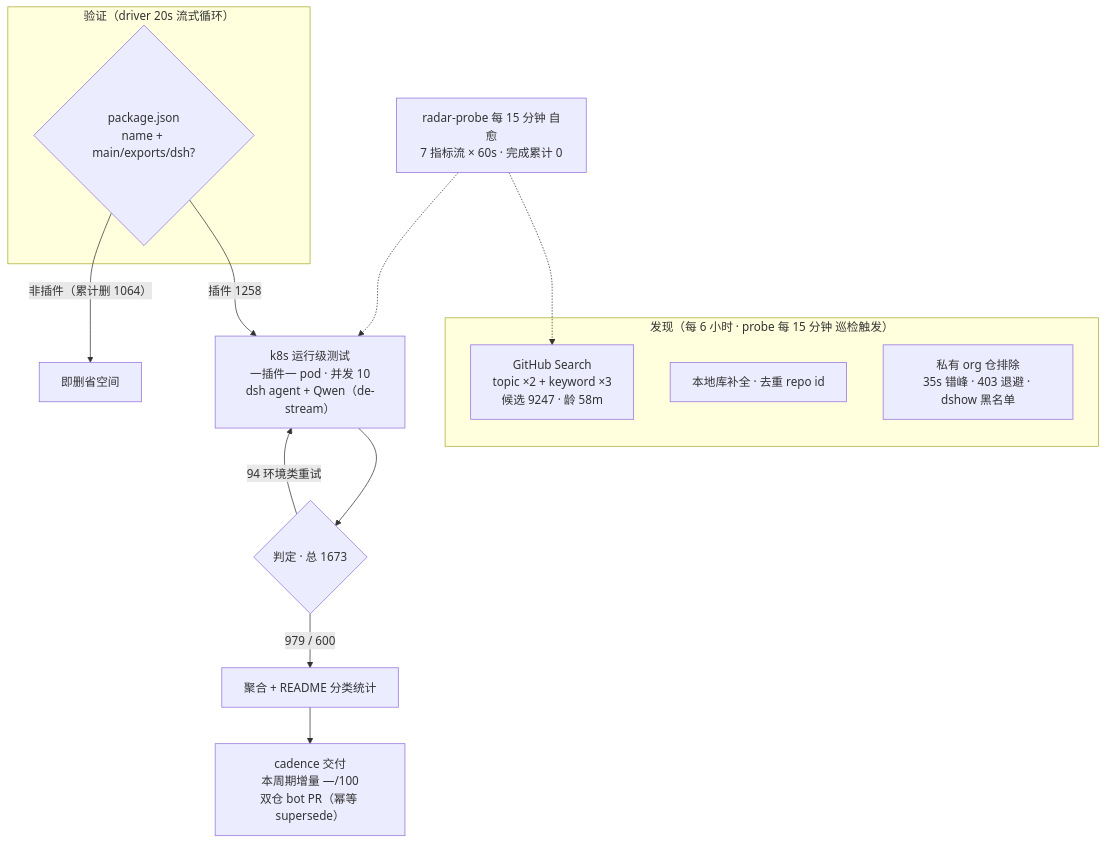
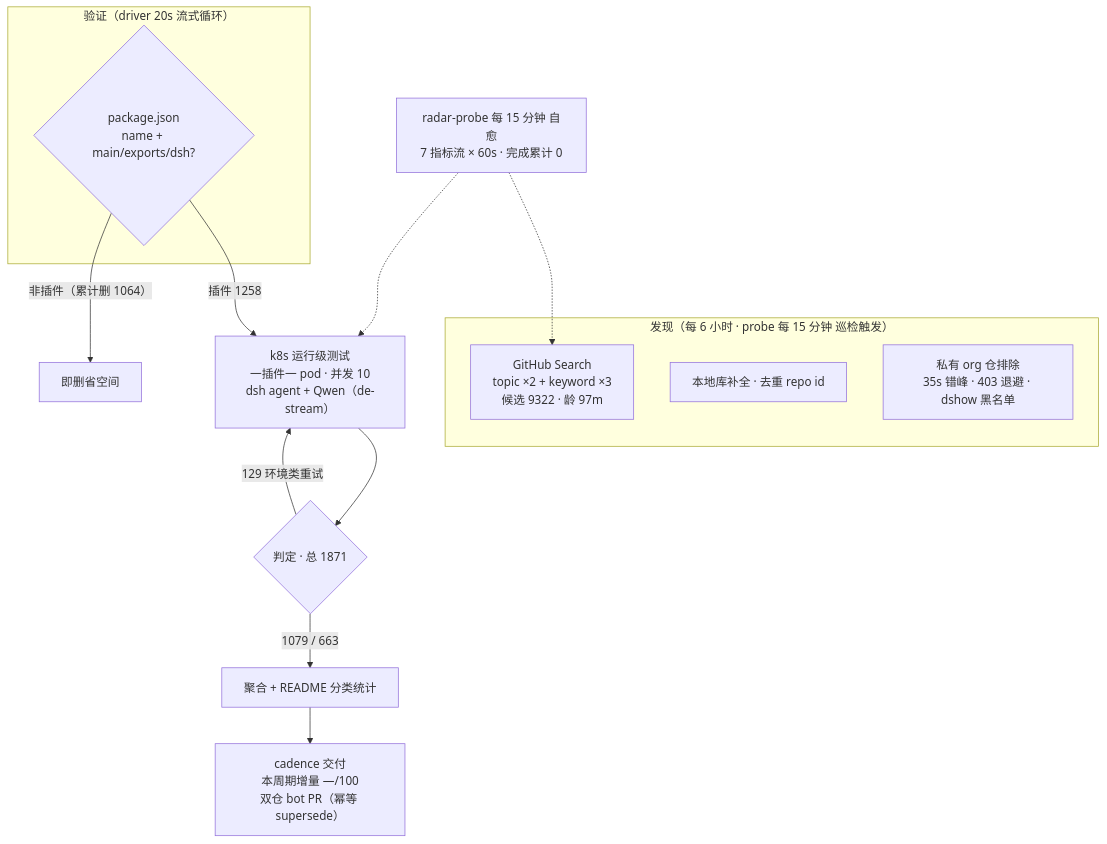
Before and after one commit to Zhidao-Lab-OSS/awesome-dsh-plugins: the diagram in README.md, drawn with Mermaid. The commit also changed other lines of this file and 1 other file, not shown here.

````diff
--- a/README.md
+++ b/README.md
@@ -37,19 +37,19 @@
 ```mermaid
 flowchart TB
     subgraph Discovery[" 发现（每 6 小时 · probe 每 15 分钟 巡检触发）"]
-        A1["GitHub Search<br/>topic ×2 + keyword ×3<br/>候选 9247 · 龄 58m"]
+        A1["GitHub Search<br/>topic ×2 + keyword ×3<br/>候选 9322 · 龄 97m"]
         A2["本地库补全 · 去重 repo id"]
         A3[" 私有 org 仓排除<br/>35s 错峰 · 403 退避 · dshow 黑名单"]
     end
     subgraph Validation[" 验证（driver 20s 流式循环）"]
         B1{"package.json<br/>name + main/exports/dsh?"}
     end
     B1 -->|"插件 1258"| C1["k8s 运行级测试<br/>一插件一 pod · 并发 10<br/>dsh agent + Qwen（de-stream）"]
     B1 -->|"非插件（累计删 1064）"| B3[" 即删省空间"]
-    C1 --> D1{"判定 · 总 1673"}
-    D1 -->|" 979 /  600"| E1["聚合 + README 分类统计"]
-    D1 -->|" 94 环境类重试"| C1
+    C1 --> D1{"判定 · 总 1871"}
+    D1 -->|" 1079 /  663"| E1["聚合 + README 分类统计"]
+    D1 -->|" 129 环境类重试"| C1
     E1 --> E2["cadence 交付<br/>本周期增量 —/100<br/>双仓 bot PR（幂等 supersede）"]
     M[" radar-probe 每 15 分钟 自愈<br/>7 指标流 × 60s · 完成累计 0"] -.-> A1
     M -.-> C1
 ```
````
